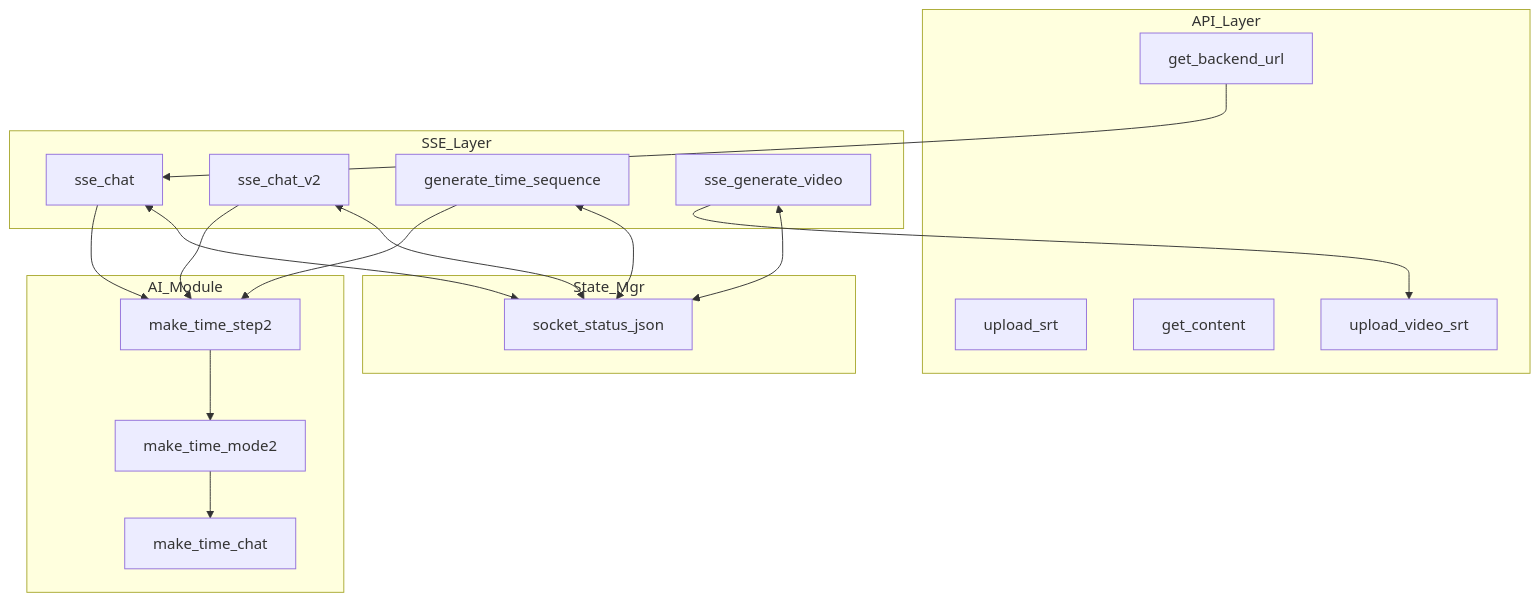
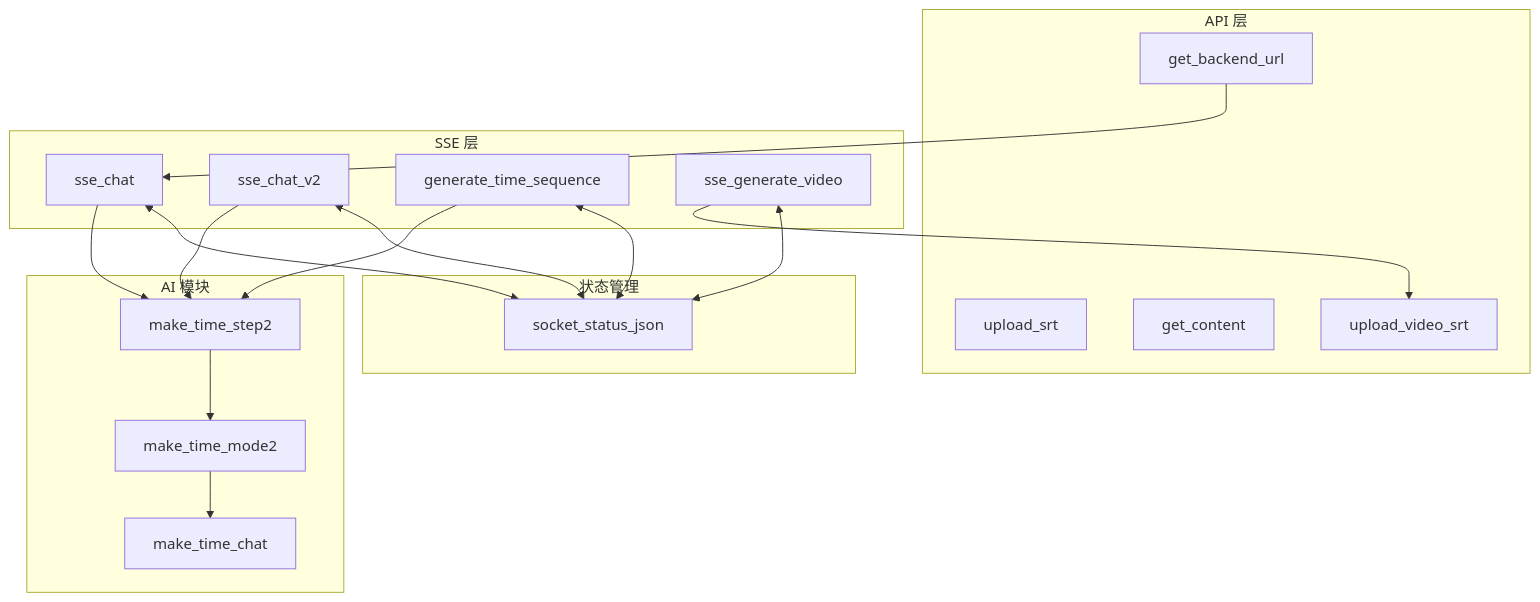
One commit to nii8/split_video changed the fourth of 10 diagrams in ARCHITECTURE.md. Above: the diagram before and after it, drawn with Mermaid. The commit also changed other lines of this file, not shown here.

Commit message:
Update ARCHITECTURE.md - fourth commit

````diff
--- a/ARCHITECTURE.md
+++ b/ARCHITECTURE.md
@@ -227,38 +227,38 @@
 ```mermaid
 graph TD
-    subgraph API_Layer
+    subgraph API_Layer["API 层"]
         A1[upload_srt]
         A2[get_backend_url]
         A3[get_content]
         A4[upload_video_srt]
     end
-    
-    subgraph SSE_Layer
+
+    subgraph SSE_Layer["SSE 层"]
         S1[sse_chat]
         S2[sse_chat_v2]
         S3[generate_time_sequence]
         S4[sse_generate_video]
     end
-    
-    subgraph AI_Module
+
+    subgraph AI_Module["AI 模块"]
         M1[make_time_step2]
         M2[make_time_mode2]
         M3[make_time_chat]
     end
-    
-    subgraph State_Mgr
+
+    subgraph State_Mgr["状态管理"]
         ST1[socket_status_json]
     end
-    
+
     A2 --> S1
     S1 --> M1
     S2 --> M1
     S3 --> M1
     M1 --> M2
     M2 --> M3
     S4 --> A4
     S1 <--> ST1
     S2 <--> ST1
     S3 <--> ST1
     S4 <--> ST1
 ```
````
